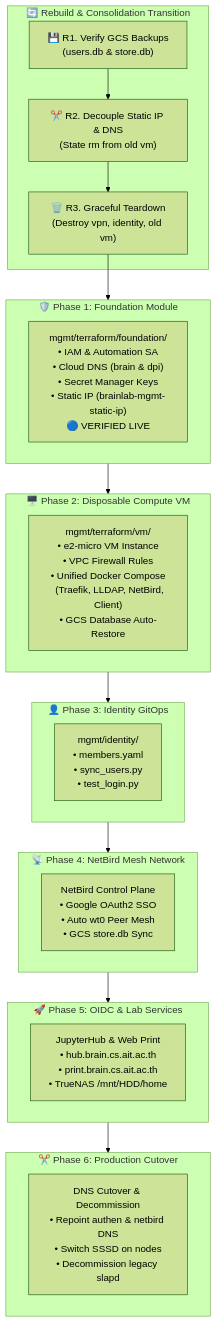
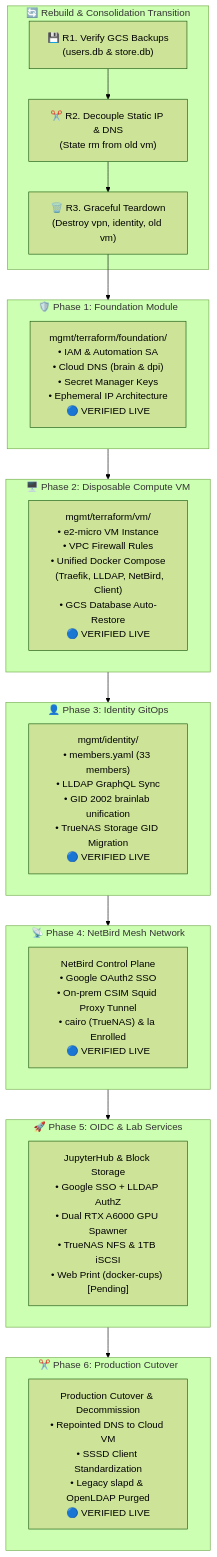
One commit to AIT-brainlab/brainlab-base changed the diagram in mgmt/checklist.md. Above: the diagram before and after it, drawn with Mermaid (forest theme). The commit also changed other lines of this file, not shown here.

Commit message:
docs(mgmt): revise master implementation checklist to reflect 100% verified status

````diff
--- a/mgmt/checklist.md
+++ b/mgmt/checklist.md
@@ -33,40 +33,40 @@
 ```mermaid
 flowchart TD
     subgraph REBUILD ["🔄 Rebuild & Consolidation Transition"]
         R1["💾 R1. Verify GCS Backups<br/>(users.db & store.db)"]
         R2["✂️ R2. Decouple Static IP & DNS<br/>(State rm from old vm)"]
         R3["🗑️ R3. Graceful Teardown<br/>(Destroy vpn, identity, old vm)"]
         R1 --> R2 --> R3
     end
 
     subgraph PHASE1 ["🛡️ Phase 1: Foundation Module"]
-        P1["mgmt/terraform/foundation/<br/>• IAM & Automation SA<br/>• Cloud DNS (brain & dpi)<br/>• Secret Manager Keys<br/>• Static IP (brainlab-mgmt-static-ip)<br/>🔵 VERIFIED LIVE"]
+        P1["mgmt/terraform/foundation/<br/>• IAM & Automation SA<br/>• Cloud DNS (brain & dpi)<br/>• Secret Manager Keys<br/>• Ephemeral IP Architecture<br/>🔵 VERIFIED LIVE"]
     end
 
     subgraph PHASE2 ["🖥️ Phase 2: Disposable Compute VM"]
-        P2["mgmt/terraform/vm/<br/>• e2-micro VM Instance<br/>• VPC Firewall Rules<br/>• Unified Docker Compose<br/>  (Traefik, LLDAP, NetBird, Client)<br/>• GCS Database Auto-Restore"]
+        P2["mgmt/terraform/vm/<br/>• e2-micro VM Instance<br/>• VPC Firewall Rules<br/>• Unified Docker Compose<br/>  (Traefik, LLDAP, NetBird, Client)<br/>• GCS Database Auto-Restore<br/>🔵 VERIFIED LIVE"]
     end
 
     subgraph PHASE3 ["👤 Phase 3: Identity GitOps"]
-        P3["mgmt/identity/<br/>• members.yaml<br/>• sync_users.py<br/>• test_login.py"]
+        P3["mgmt/identity/<br/>• members.yaml (33 members)<br/>• LLDAP GraphQL Sync<br/>• GID 2002 brainlab unification<br/>• TrueNAS Storage GID Migration<br/>🔵 VERIFIED LIVE"]
     end
 
     subgraph PHASE4 ["📡 Phase 4: NetBird Mesh Network"]
-        P4["NetBird Control Plane<br/>• Google OAuth2 SSO<br/>• Auto wt0 Peer Mesh<br/>• GCS store.db Sync"]
+        P4["NetBird Control Plane<br/>• Google OAuth2 SSO<br/>• On-prem CSIM Squid Proxy Tunnel<br/>• cairo (TrueNAS) & la Enrolled<br/>🔵 VERIFIED LIVE"]
     end
 
     subgraph PHASE5 ["🚀 Phase 5: OIDC & Lab Services"]
-        P5["JupyterHub & Web Print<br/>• hub.brain.cs.ait.ac.th<br/>• print.brain.cs.ait.ac.th<br/>• TrueNAS /mnt/HDD/home"]
+        P5["JupyterHub & Block Storage<br/>• Google SSO + LLDAP AuthZ<br/>• Dual RTX A6000 GPU Spawner<br/>• TrueNAS NFS & 1TB iSCSI<br/>• Web Print (docker-cups) [Pending]"]
     end
 
     subgraph PHASE6 ["✂️ Phase 6: Production Cutover"]
-        P6["DNS Cutover & Decommission<br/>• Repoint authen & netbird DNS<br/>• Switch SSSD on nodes<br/>• Decommission legacy slapd"]
+        P6["Production Cutover & Decommission<br/>• Repointed DNS to Cloud VM<br/>• SSSD Client Standardization<br/>• Legacy slapd & OpenLDAP Purged<br/>🔵 VERIFIED LIVE"]
     end
 
     R3 --> PHASE1
     PHASE1 --> PHASE2
     PHASE2 --> PHASE3
     PHASE3 --> PHASE4
     PHASE4 --> PHASE5
     PHASE5 --> PHASE6
 ```
````
